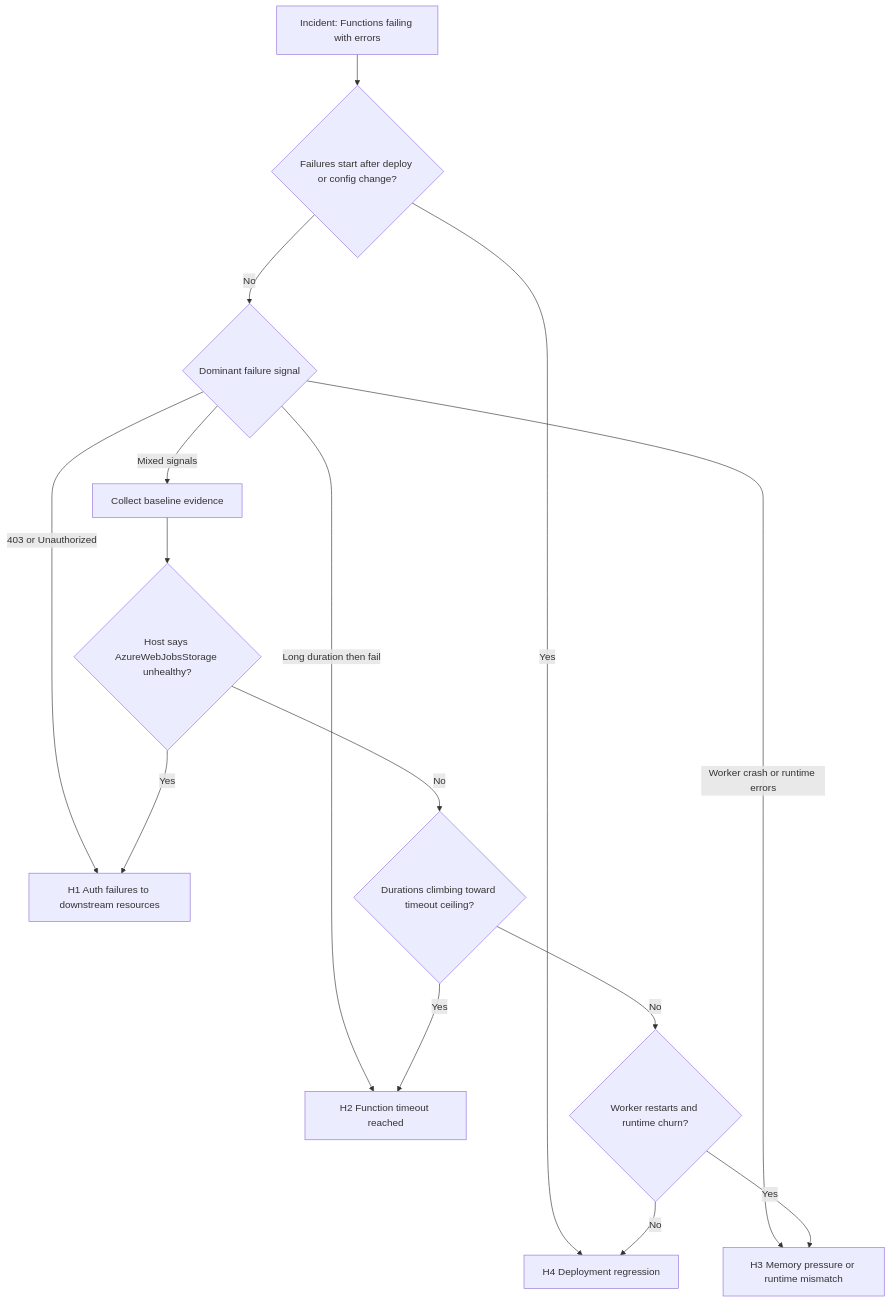
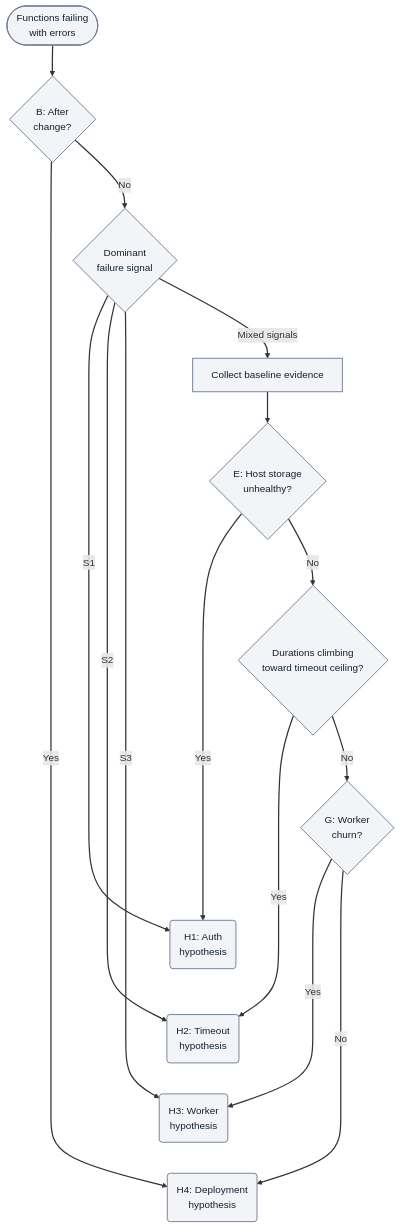
Before and after one commit to yeongseon/azure-functions-practical-guide: the diagram in docs/troubleshooting/playbooks/functions-failing.md, drawn with Mermaid. The commit also changed other lines of this file and 1 other file, not shown here.

Commit message:
docs(diagrams): migrate failing Function executions decision flow (#438)
* docs(diagrams): improve failing execution decision flow

Preserve diagnostic routes with short keyed labels, explicit hypotheses and
accessible metadata. Record the remaining narrow-screen limitation in the PR.

Refs #269

* docs(diagrams): record failing execution migration progress

Refresh only the owned decision-flow record and retain in-progress status
because measured narrow-screen labels remain below the legibility target.

Refs #269

---------

````diff
--- a/docs/troubleshooting/playbooks/functions-failing.md
+++ b/docs/troubleshooting/playbooks/functions-failing.md
@@ -56,17 +56,27 @@
 ```mermaid
 flowchart TD
-    A[Incident: Functions failing with errors] --> B{Failures start after deploy or config change?}
-    B -->|Yes| H4[H4 Deployment regression]
-    B -->|No| C{Dominant failure signal}
-    C -->|403 or Unauthorized| H1[H1 Auth failures to downstream resources]
-    C -->|Long duration then fail| H2[H2 Function timeout reached]
-    C -->|Worker crash or runtime errors| H3[H3 Memory pressure or runtime mismatch]
+    accTitle: Failing Function executions diagnostic decision flow
+    accDescr: Illustrative investigation order, not confirmed causes. A deployment or configuration change routes to H4; otherwise classify the dominant signal. Authorization errors route to H1, long duration then failure to H2, worker or runtime errors to H3, and mixed signals to baseline evidence. Then check host storage health, rising durations and worker churn; Yes routes to H1, H2 and H3 respectively, while the final No routes to H4. Use the evidence and disproof sections to test these hypotheses.
+    A(["Functions failing<br/>with errors"]) --> B{"B: After<br/>change?"}
+    B -->|Yes| H4("H4: Deployment<br/>hypothesis")
+    B -->|No| C{"Dominant<br/>failure signal"}
+    C -->|S1| H1("H1: Auth<br/>hypothesis")
+    C -->|S2| H2("H2: Timeout<br/>hypothesis")
+    C -->|S3| H3("H3: Worker<br/>hypothesis")
     C -->|Mixed signals| D[Collect baseline evidence]
-    D --> E{Host says AzureWebJobsStorage unhealthy?}
+    D --> E{"E: Host storage<br/>unhealthy?"}
     E -->|Yes| H1
-    E -->|No| F{Durations climbing toward timeout ceiling?}
+    E -->|No| F{"Durations climbing<br/>toward timeout ceiling?"}
     F -->|Yes| H2
-    F -->|No| G{Worker restarts and runtime churn?}
+    F -->|No| G{"G: Worker<br/>churn?"}
     G -->|Yes| H3
     G -->|No| H4
+    %% Layout-only links tier the hypotheses; they add no diagnostic steps or arrows.
+    G ~~~ H1
+    H1 ~~~ H2
+    H2 ~~~ H3
+    H3 ~~~ H4
+    classDef neutral fill:#f2f4f8,stroke:#707e93,stroke-width:1.5px,color:#14202e;
+    class A,B,C,D,E,F,G,H1,H2,H3,H4 neutral;
+    linkStyle default stroke-width:2px;
 ```
````
